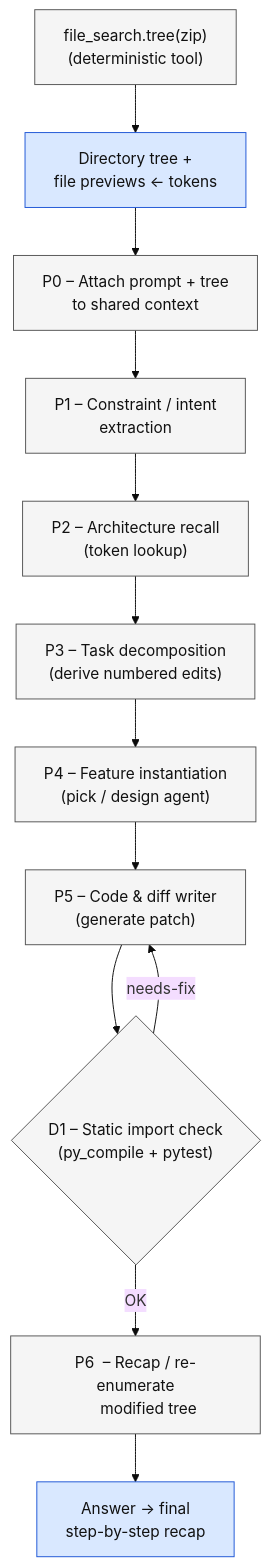
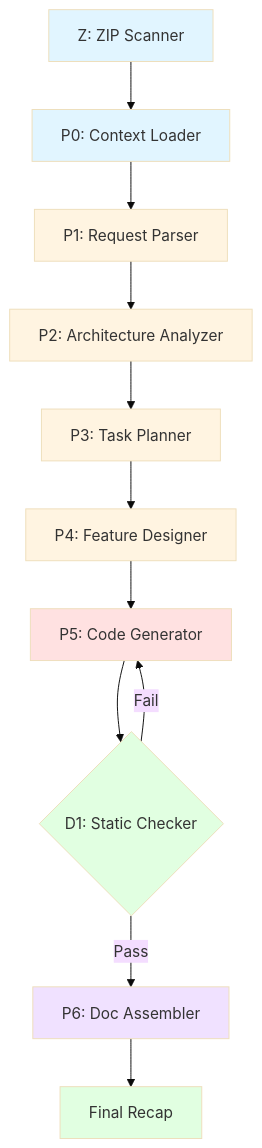
One commit to ruslanmv/ai-project-features changed the diagram in README.md. Above: the diagram before and after it, drawn with Mermaid (base theme). The commit also changed other lines of this file and 29 other files, not shown here.

`````diff
--- a/README.md
+++ b/README.md
@@ -27,23 +215,24 @@
 ```mermaid
-flowchart TD
-    classDef phase fill:#f5f5f5,stroke:#555,stroke-width:1,color:#111;
-    classDef io    fill:#d9e8ff,stroke:#1e56d6,stroke-width:1,color:#111;
+graph TD
+    Z[Z: ZIP Scanner] --> P0[P0: Context Loader]
+    P0 --> P1[P1: Request Parser]
+    P1 --> P2[P2: Architecture Analyzer]
+    P2 --> P3[P3: Task Planner]
+    P3 --> P4[P4: Feature Designer]
+    P4 --> P5[P5: Code Generator]
+    P5 --> D1{D1: Static Checker}
+    D1 -->|Pass| P6[P6: Doc Assembler]
+    D1 -->|Fail| P5
+    P6 --> OUT[Final Recap]
 
-    Z["file_search.tree(zip)\n(deterministic tool)"]:::phase
-    LST["Directory tree +\nfile previews   ← tokens"]:::io
-
-    P0["P0  – Attach prompt + tree\n      to shared context"]:::phase
-    P1["P1  – Constraint / intent\n      extraction"]:::phase
-    P2["P2  – Architecture recall\n      (token lookup)"]:::phase
-    P3["P3  – Task decomposition\n      (derive numbered edits)"]:::phase
-    P4["P4  – Feature instantiation\n      (pick / design agent)"]:::phase
-    P5["P5  – Code & diff writer\n      (generate patch)"]:::phase
-    D1{"D1  – Static import check\n      (py_compile + pytest)"}:::phase
-    P6["P6  – Recap / re-enumerate\n      modified tree"]:::phase
-    OUT["Answer → final\nstep-by-step recap"]:::io
-
-    Z --> LST --> P0
-    P0 --> P1 --> P2 --> P3 --> P4 --> P5 --> D1
-    D1 -- OK --> P6 --> OUT
-    D1 -- needs-fix --> P5
-````
+    style Z fill:#e1f5ff
+    style P0 fill:#e1f5ff
+    style P1 fill:#fff4e1
+    style P2 fill:#fff4e1
+    style P3 fill:#fff4e1
+    style P4 fill:#fff4e1
+    style P5 fill:#ffe1e1
+    style D1 fill:#e1ffe1
+    style P6 fill:#f0e1ff
+    style OUT fill:#e1ffe1
+```
`````
